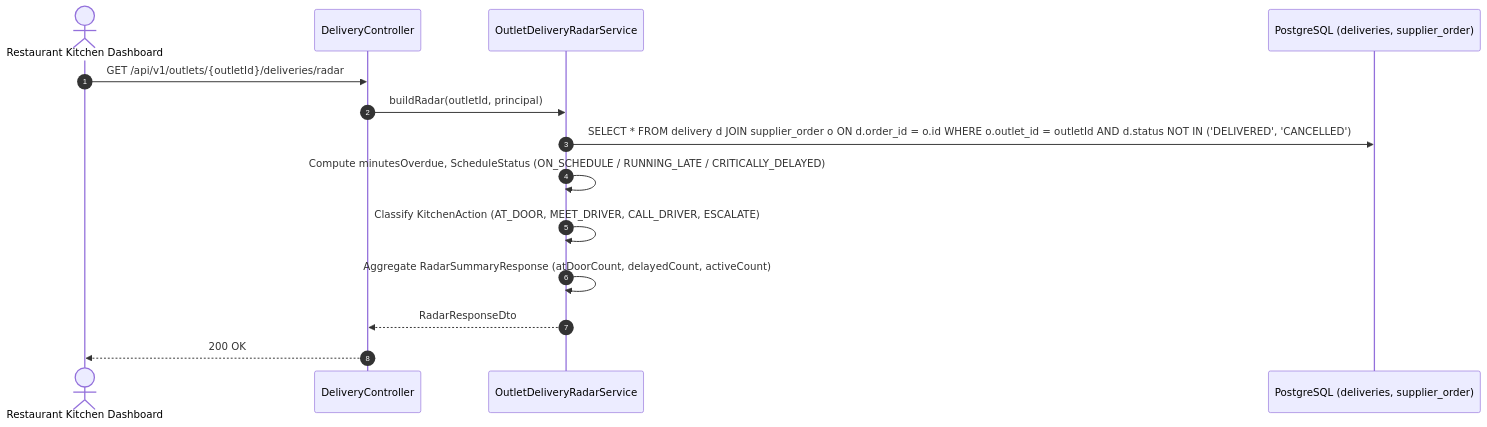
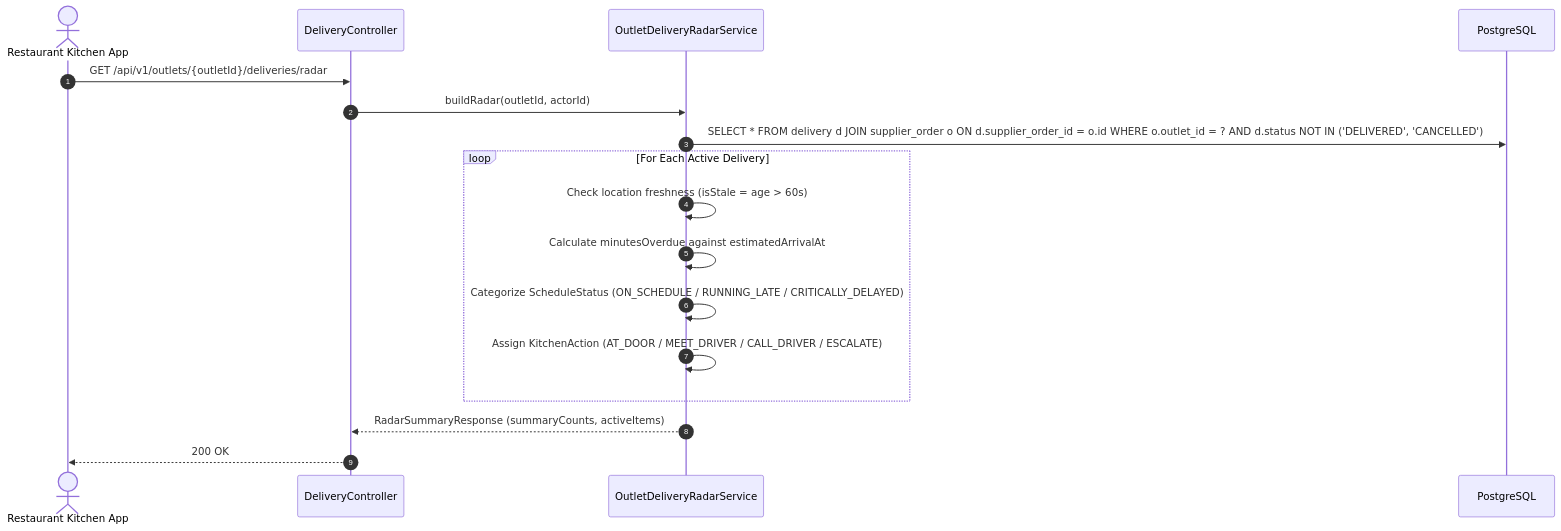
The seventh of 8 diagrams in docs/architecture/sequence-diagrams/02-delivery-and-logistics.md (narasimha-reddy/costonomy-mp-api), drawn with Mermaid before and after one commit. The commit also changed other lines of this file, not shown here.

First line of the commit message:
docs(architecture): delivery sequence diagrams for the current flows

````diff
--- a/docs/architecture/sequence-diagrams/02-delivery-and-logistics.md
+++ b/docs/architecture/sequence-diagrams/02-delivery-and-logistics.md
@@ -142,17 +242,20 @@
 ```mermaid
 sequenceDiagram
     autonumber
-    actor Kitchen as Restaurant Kitchen Dashboard
+    actor Kitchen as Restaurant Kitchen App
     participant DC as DeliveryController
     participant ODR as OutletDeliveryRadarService
-    participant DB as PostgreSQL (deliveries, supplier_order)
+    participant DB as PostgreSQL
 
     Kitchen->>DC: GET /api/v1/outlets/{outletId}/deliveries/radar
-    DC->>ODR: buildRadar(outletId, principal)
-    ODR->>DB: SELECT * FROM delivery d JOIN supplier_order o ON d.order_id = o.id WHERE o.outlet_id = outletId AND d.status NOT IN ('DELIVERED', 'CANCELLED')
-    ODR->>ODR: Compute minutesOverdue, ScheduleStatus (ON_SCHEDULE / RUNNING_LATE / CRITICALLY_DELAYED)
-    ODR->>ODR: Classify KitchenAction (AT_DOOR, MEET_DRIVER, CALL_DRIVER, ESCALATE)
-    ODR->>ODR: Aggregate RadarSummaryResponse (atDoorCount, delayedCount, activeCount)
-    ODR-->>DC: RadarResponseDto
+    DC->>ODR: buildRadar(outletId, actorId)
+    ODR->>DB: SELECT * FROM delivery d JOIN supplier_order o ON d.supplier_order_id = o.id WHERE o.outlet_id = ? AND d.status NOT IN ('DELIVERED', 'CANCELLED')
+    loop For Each Active Delivery
+        ODR->>ODR: Check location freshness (isStale = age > 60s)
+        ODR->>ODR: Calculate minutesOverdue against estimatedArrivalAt
+        ODR->>ODR: Categorize ScheduleStatus (ON_SCHEDULE / RUNNING_LATE / CRITICALLY_DELAYED)
+        ODR->>ODR: Assign KitchenAction (AT_DOOR / MEET_DRIVER / CALL_DRIVER / ESCALATE)
+    end
+    ODR-->>DC: RadarSummaryResponse (summaryCounts, activeItems)
     DC-->>Kitchen: 200 OK
 ```
````
